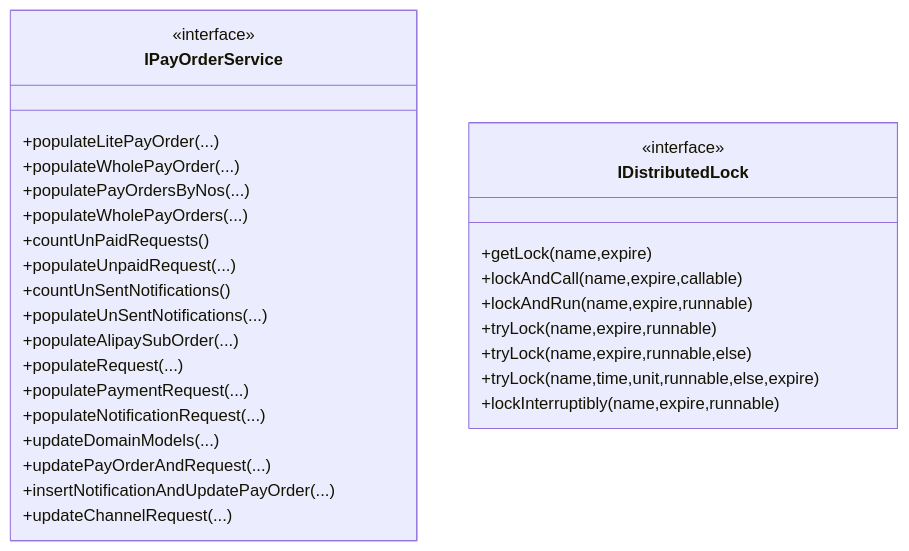
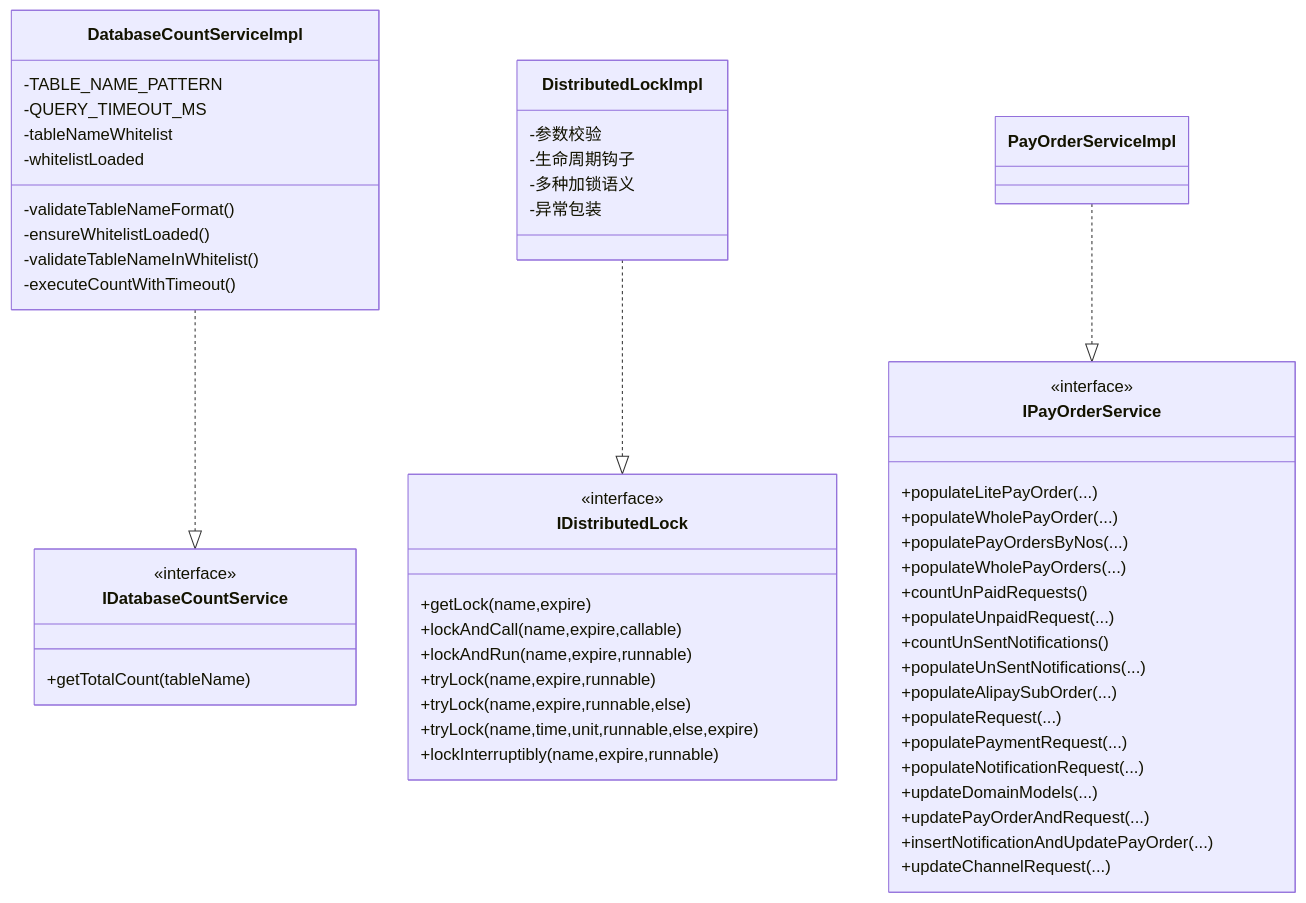
One commit to magicliang/domain-driven-transaction-sys changed the fifth of 8 diagrams in .qoder/repowiki/zh/content/核心模块详解/核心服务层/核心服务层.md. Above: the diagram before and after it, drawn with Mermaid. The commit also changed other lines of this file and 37 other files, not shown here.

````diff
--- a/.qoder/repowiki/zh/content/核心模块详解/核心服务层/核心服务层.md
+++ b/.qoder/repowiki/zh/content/核心模块详解/核心服务层/核心服务层.md
@@ -226,32 +258,56 @@
 ```mermaid
 classDiagram
 class IPayOrderService {
 <<interface>>
 +populateLitePayOrder(...)
 +populateWholePayOrder(...)
 +populatePayOrdersByNos(...)
 +populateWholePayOrders(...)
 +countUnPaidRequests()
 +populateUnpaidRequest(...)
 +countUnSentNotifications()
 +populateUnSentNotifications(...)
 +populateAlipaySubOrder(...)
 +populateRequest(...)
 +populatePaymentRequest(...)
 +populateNotificationRequest(...)
 +updateDomainModels(...)
 +updatePayOrderAndRequest(...)
 +insertNotificationAndUpdatePayOrder(...)
 +updateChannelRequest(...)
 }
+class IDatabaseCountService {
+<<interface>>
++getTotalCount(tableName)
+}
 class IDistributedLock {
 <<interface>>
 +getLock(name,expire)
 +lockAndCall(name,expire,callable)
 +lockAndRun(name,expire,runnable)
 +tryLock(name,expire,runnable)
 +tryLock(name,expire,runnable,else)
 +tryLock(name,time,unit,runnable,else,expire)
 +lockInterruptibly(name,expire,runnable)
 }
+class DatabaseCountServiceImpl {
+-TABLE_NAME_PATTERN
+-QUERY_TIMEOUT_MS
+-tableNameWhitelist
+-whitelistLoaded
+-validateTableNameFormat()
+-ensureWhitelistLoaded()
+-validateTableNameInWhitelist()
+-executeCountWithTimeout()
+}
+class DistributedLockImpl {
+-参数校验
+-生命周期钩子
+-多种加锁语义
+-异常包装
+}
+class PayOrderServiceImpl
+DatabaseCountServiceImpl ..|> IDatabaseCountService
+DistributedLockImpl ..|> IDistributedLock
+PayOrderServiceImpl ..|> IPayOrderService
 ```
````
